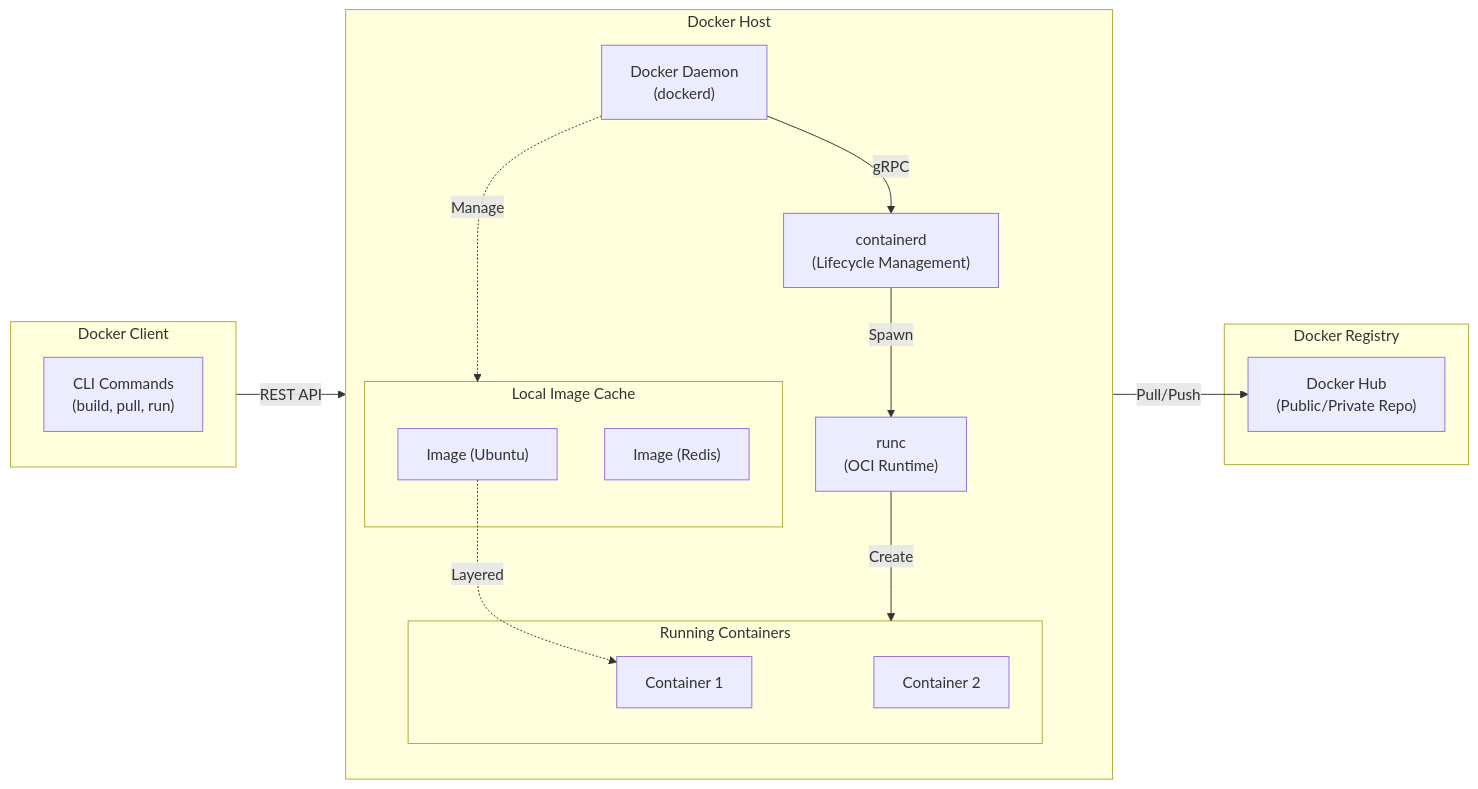
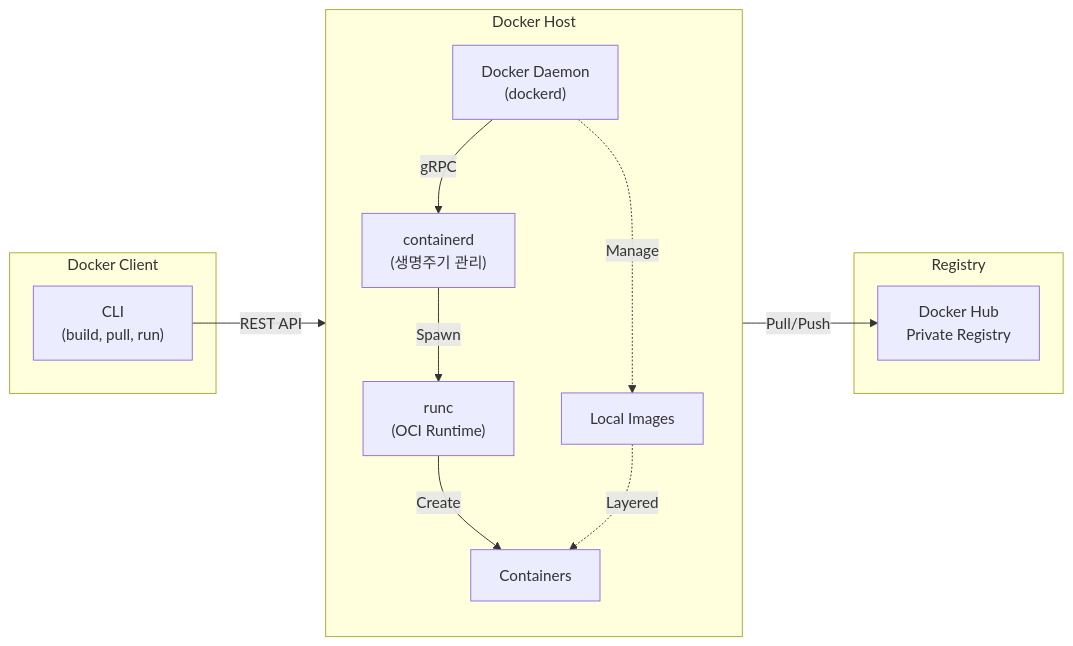
The diagram in content/01_IT Tech/도커.md (supremethumb/supremethumb.github.io), drawn with Mermaid before and after one commit. The commit also changed other lines of this file and 1087 other files, not shown here.

````diff
--- a/content/01_IT Tech/도커.md
+++ b/content/01_IT Tech/도커.md
@@ -25,37 +35,28 @@
 ```mermaid
 flowchart LR
     subgraph Client["Docker Client"]
-        CLI["CLI Commands<br/>(build, pull, run)"]
+        CLI["CLI<br/>(build, pull, run)"]
     end
 
     subgraph Host["Docker Host"]
         direction TB
         Daemon["Docker Daemon<br/>(dockerd)"]
-        Containerd["containerd<br/>(Lifecycle Management)"]
+        Containerd["containerd<br/>(생명주기 관리)"]
         Runc["runc<br/>(OCI Runtime)"]
-        
-        subgraph Images["Local Image Cache"]
-            Img1["Image (Ubuntu)"]
-            Img2["Image (Redis)"]
-        end
-        
-        subgraph Containers["Running Containers"]
-            C1["Container 1"]
-            C2["Container 2"]
-        end
+        Images["Local Images"]
+        Containers["Containers"]
 
         Daemon -->|"gRPC"| Containerd
         Containerd -->|"Spawn"| Runc
         Runc -->|"Create"| Containers
         Daemon -.->|"Manage"| Images
+        Images -.->|"Layered"| Containers
     end
 
-    subgraph Registry["Docker Registry"]
-        Hub["Docker Hub<br/>(Public/Private Repo)"]
+    subgraph Registry["Registry"]
+        Hub["Docker Hub<br/>Private Registry"]
     end
 
-    Client -- "REST API" --> Daemon
+    CLI -- "REST API" --> Daemon
     Daemon -- "Pull/Push" --> Hub
-    Img1 -. "Layered" .-> C1
-
 ```
````
